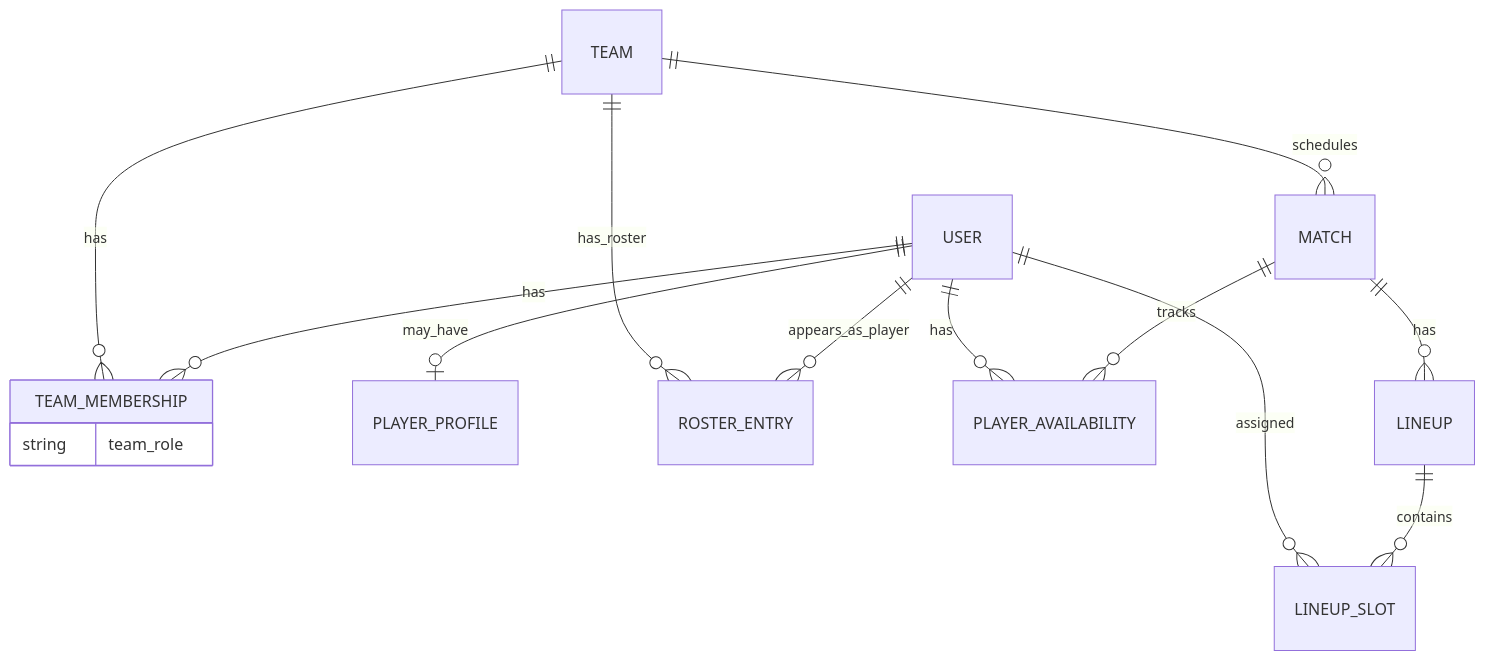
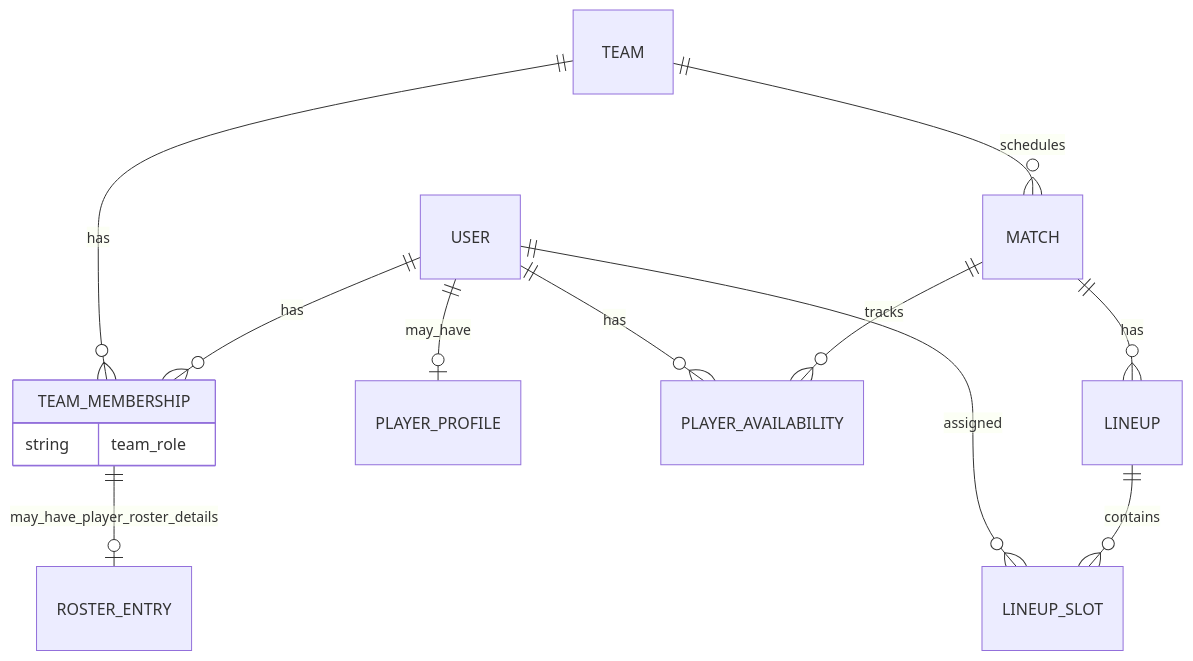
Before and after one commit to bbubb/squadsync: the diagram in docs/architecture/domain-model.md, drawn with Mermaid. The commit also changed other lines of this file and 5 other files, not shown here.

````diff
--- a/docs/architecture/domain-model.md
+++ b/docs/architecture/domain-model.md
@@ -80,17 +80,16 @@
 ```mermaid
 erDiagram
     USER ||--o{ TEAM_MEMBERSHIP : has
     TEAM ||--o{ TEAM_MEMBERSHIP : has
     TEAM_MEMBERSHIP {
         string team_role
     }
     USER ||--o| PLAYER_PROFILE : may_have
-    USER ||--o{ ROSTER_ENTRY : appears_as_player
-    TEAM ||--o{ ROSTER_ENTRY : has_roster
+    TEAM_MEMBERSHIP ||--o| ROSTER_ENTRY : may_have_player_roster_details
     TEAM ||--o{ MATCH : schedules
     MATCH ||--o{ PLAYER_AVAILABILITY : tracks
     USER ||--o{ PLAYER_AVAILABILITY : has
     MATCH ||--o{ LINEUP : has
     LINEUP ||--o{ LINEUP_SLOT : contains
     USER ||--o{ LINEUP_SLOT : assigned
 ```
````
